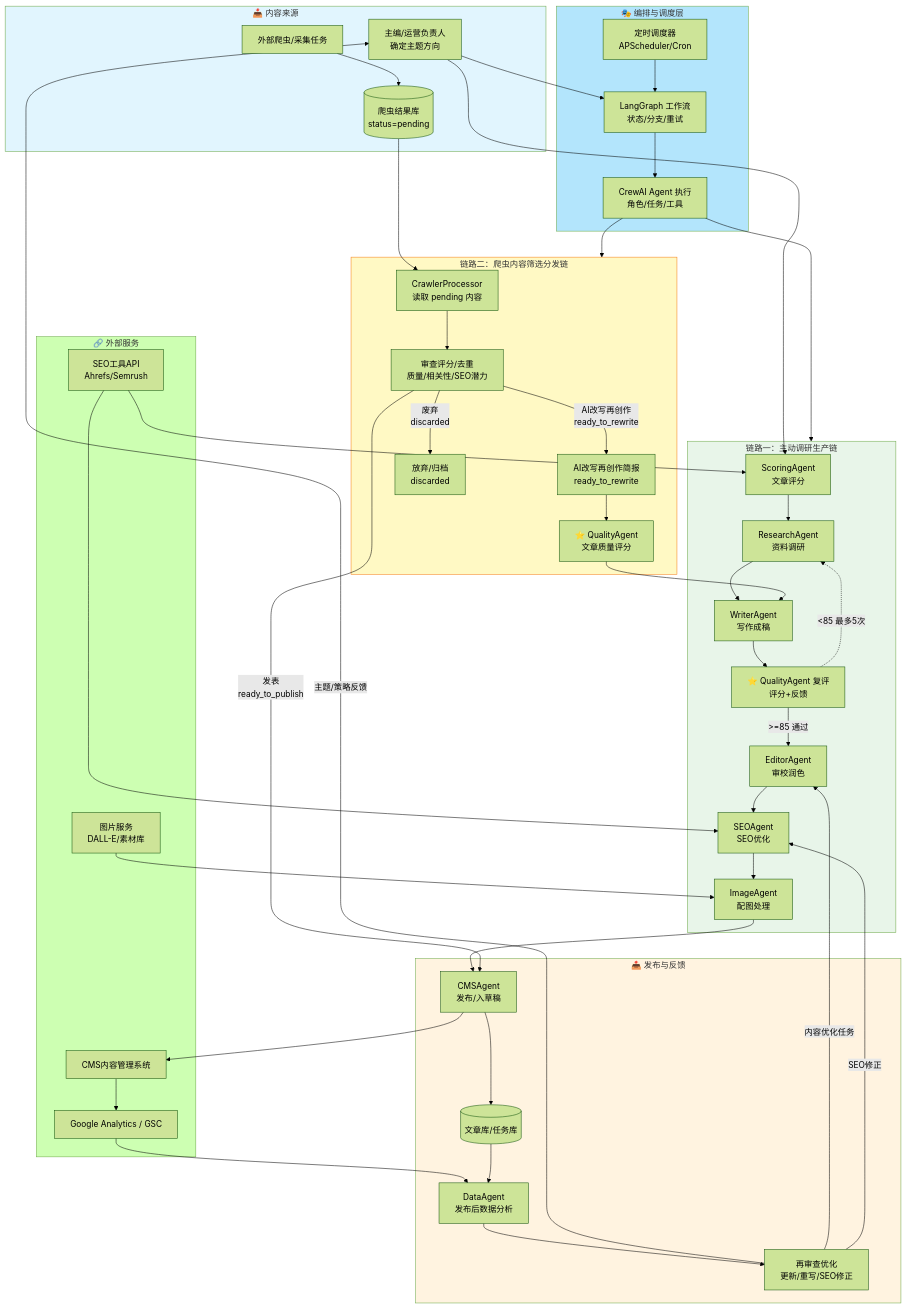
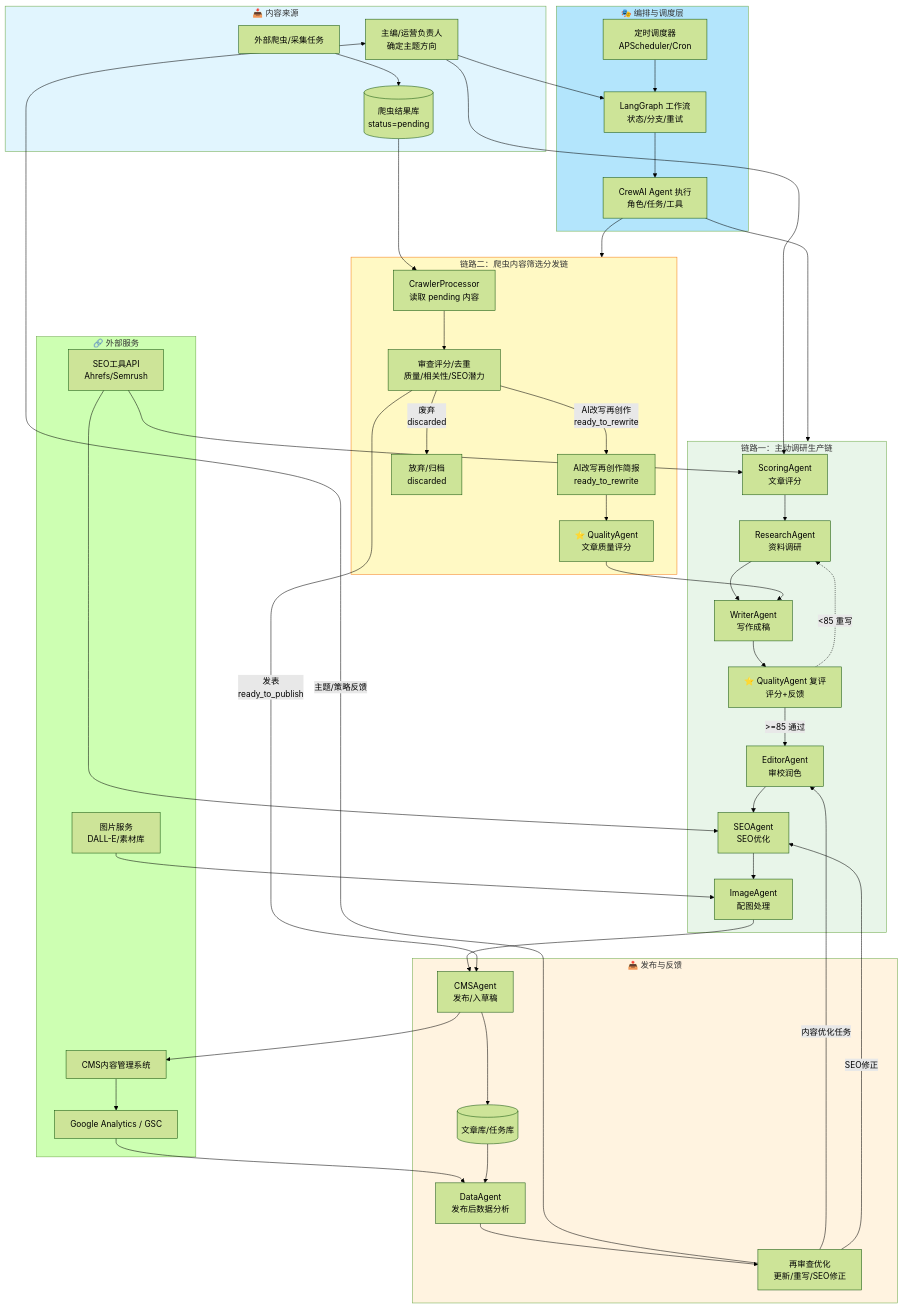
The first of 7 diagrams in 02-技术实现规范.md (flyingsnowzz/Multi-Agent-Automatic-Operation-Website), drawn with Mermaid (forest theme) before and after one commit. The commit also changed other lines of this file and 6 other files, not shown here.

```diff
--- a/02-技术实现规范.md
+++ b/02-技术实现规范.md
@@ -77,7 +77,7 @@
     CHIEF --> TOPIC
     TOPIC --> RESEARCH --> WRITER --> QUALITY_REV
     QUALITY_REV -->|">=85 通过"| EDITOR
-    QUALITY_REV -.->|"<85 最多5次"| RESEARCH
+    QUALITY_REV -.->|"<85 重写"| RESEARCH
     EDITOR --> SEO --> IMAGE --> CMS_AGENT
 
     SPIDER --> CRAWLER_DB
```
